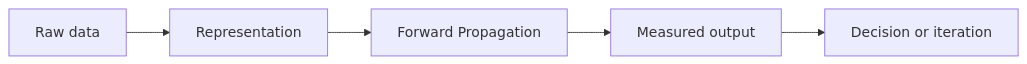
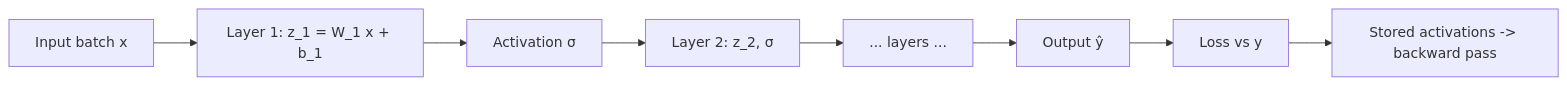
Before and after one commit to Icon1cc/Machine-Learning: the diagram in deep-learning/04-forward-propagation.md, drawn with Mermaid. The commit also changed other lines of this file and 264 other files, not shown here.

````diff
--- a/deep-learning/04-forward-propagation.md
+++ b/deep-learning/04-forward-propagation.md
@@ -92,7 +204,10 @@
 ```mermaid
 flowchart LR
-    A[Raw data] --> B[Representation]
-    B --> C[Forward Propagation]
-    C --> D[Measured output]
-    D --> E[Decision or iteration]
+    X[Input batch x] --> L1[Layer 1: z_1 = W_1 x + b_1]
+    L1 --> A1[Activation σ]
+    A1 --> L2[Layer 2: z_2, σ]
+    L2 --> Ld[... layers ...]
+    Ld --> O[Output ŷ]
+    O --> Loss[Loss vs y]
+    Loss --> Bk[Stored activations -> backward pass]
 ```
````
